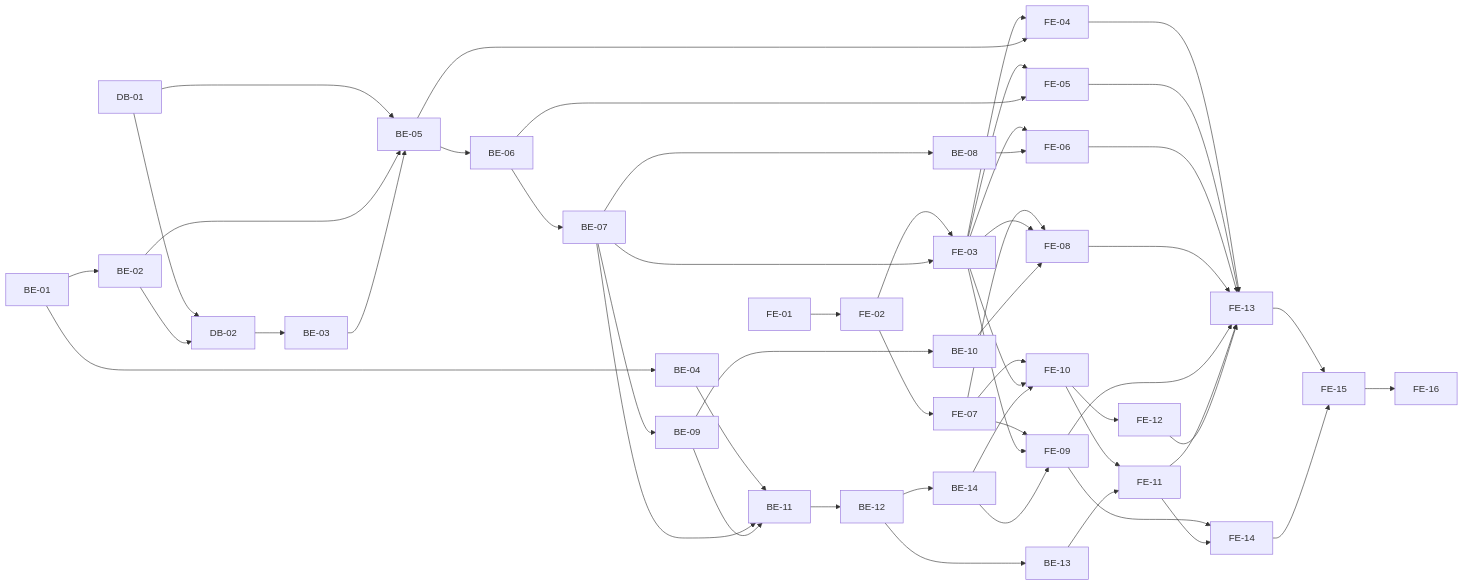
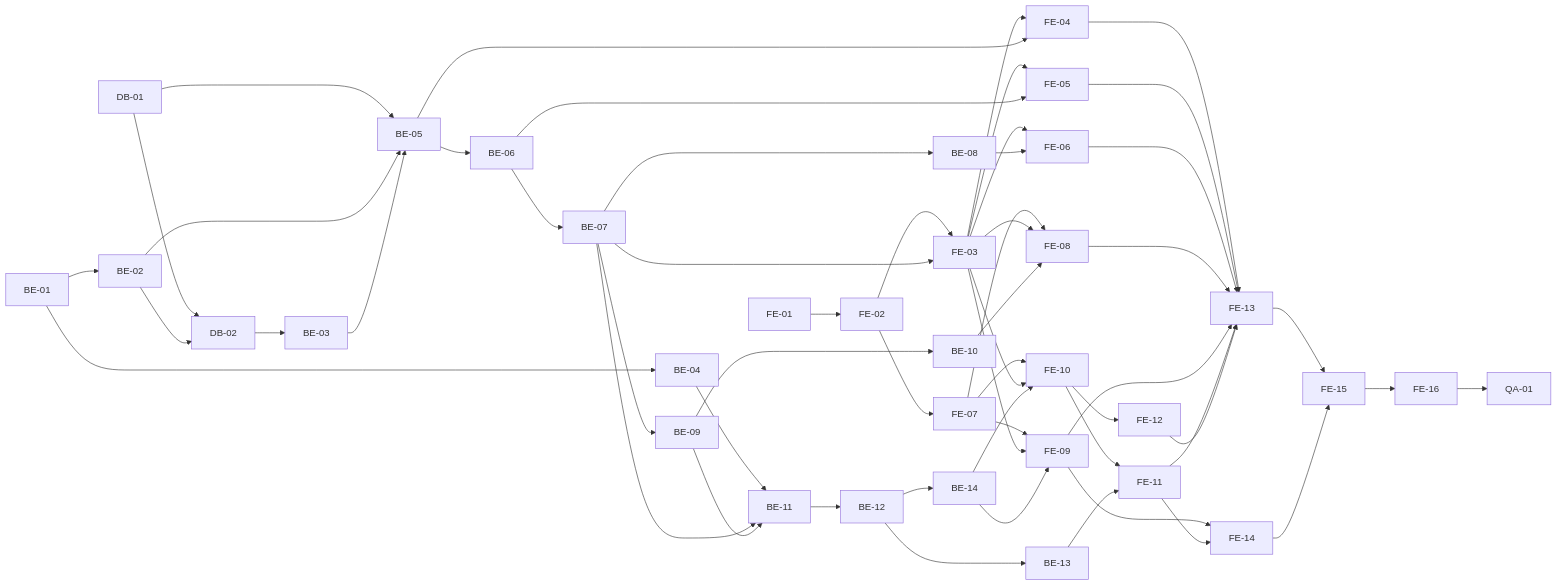
The diagram in docs/8-plan.md (jeongsulee/team-caltalk), drawn with Mermaid before and after one commit. The commit also changed other lines of this file and 9 other files, not shown here.

````diff
--- a/docs/8-plan.md
+++ b/docs/8-plan.md
@@ -65,57 +66,58 @@
 ```mermaid
 flowchart LR
     DB01["DB-01"] --> DB02["DB-02"]
     BE01["BE-01"] --> BE02["BE-02"]
     BE02 --> DB02
     DB02 --> BE03["BE-03"]
     BE01 --> BE04["BE-04"]
     DB01 --> BE05["BE-05"]
     BE02 --> BE05
     BE03 --> BE05
     BE05 --> BE06["BE-06"]
     BE06 --> BE07["BE-07"]
     BE07 --> BE08["BE-08"]
     BE07 --> BE09["BE-09"]
     BE09 --> BE10["BE-10"]
     BE04 --> BE11["BE-11"]
     BE07 --> BE11
     BE09 --> BE11
     BE11 --> BE12["BE-12"]
     BE12 --> BE13["BE-13"]
     BE12 --> BE14["BE-14"]
 
     FE01["FE-01"] --> FE02["FE-02"]
     FE02 --> FE03["FE-03"]
     BE07 --> FE03
     FE03 --> FE04["FE-04"]
     BE05 --> FE04
     FE03 --> FE05["FE-05"]
     BE06 --> FE05
     FE03 --> FE06["FE-06"]
     BE08 --> FE06
     FE02 --> FE07["FE-07"]
     FE07 --> FE08["FE-08"]
     FE03 --> FE08
     BE10 --> FE08
     FE07 --> FE09["FE-09"]
     FE03 --> FE09
     BE14 --> FE09
     FE07 --> FE10["FE-10"]
     FE03 --> FE10
     BE14 --> FE10
     FE10 --> FE11["FE-11"]
     BE13 --> FE11
     FE10 --> FE12["FE-12"]
     FE04 --> FE13["FE-13"]
     FE05 --> FE13
     FE06 --> FE13
     FE08 --> FE13
     FE09 --> FE13
     FE11 --> FE13
     FE12 --> FE13
     FE09 --> FE14["FE-14"]
     FE11 --> FE14
     FE13 --> FE15["FE-15"]
     FE14 --> FE15
     FE15 --> FE16["FE-16"]
+    FE16 --> QA01["QA-01"]
 ```
````
